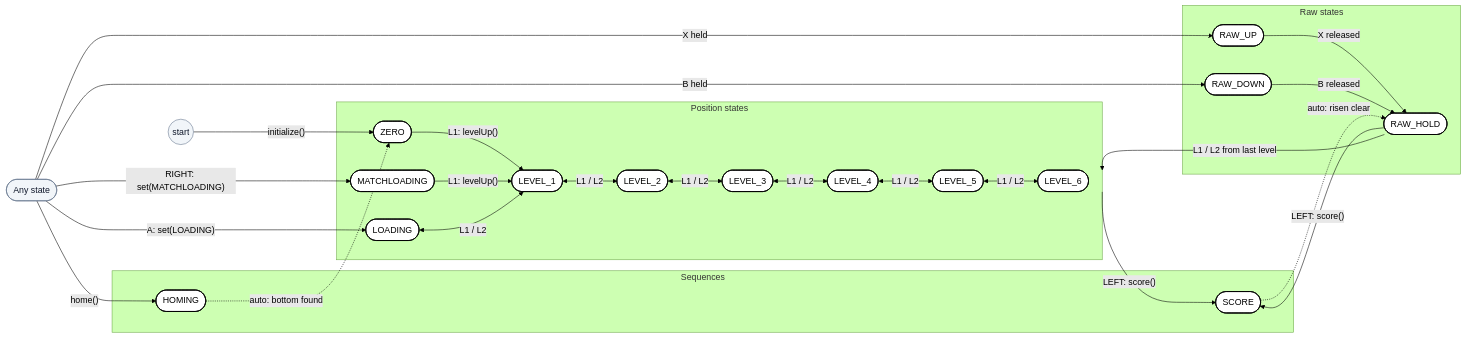
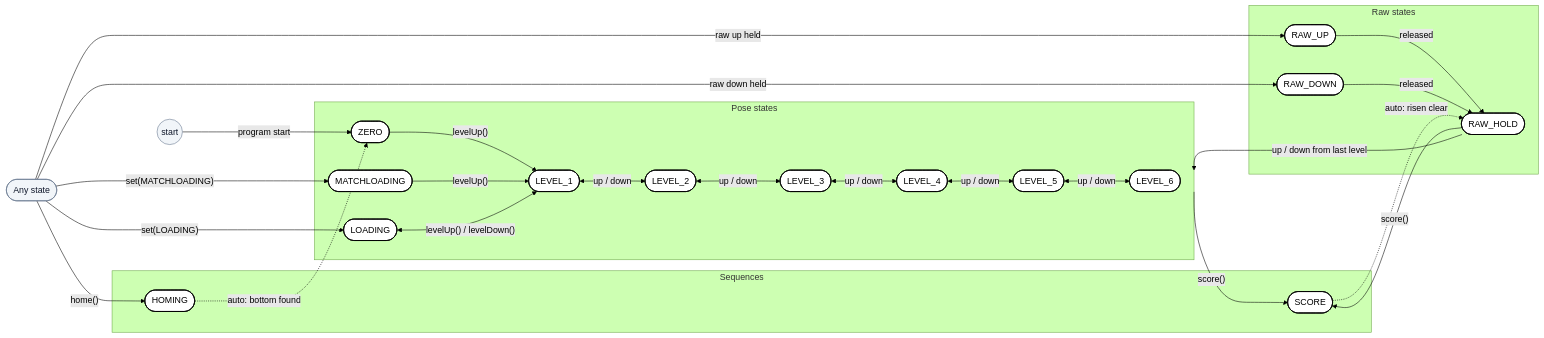
Before and after one commit to 917X/917x-2027: the first of 4 diagrams in docs/917x/Home/Robot 1/Prog - 1/Subsystems/Lift Notebook Pages.md, drawn with Mermaid (forest theme). The commit also changed other lines of this file, not shown here.

````diff
--- a/docs/917x/Home/Robot 1/Prog - 1/Subsystems/Lift Notebook Pages.md
+++ b/docs/917x/Home/Robot 1/Prog - 1/Subsystems/Lift Notebook Pages.md
@@ -356,56 +288,56 @@
 ```mermaid
 flowchart LR
     ANY(["Any state"])
     INIT(("start"))
 
     subgraph RAW["Raw states"]
         RAW_UP(["RAW_UP"])
         RAW_HOLD(["RAW_HOLD"])
         RAW_DOWN(["RAW_DOWN"])
     end
 
-    subgraph POS["Position states"]
+    subgraph POS["Pose states"]
         LEVEL_6(["LEVEL_6"])
         LEVEL_5(["LEVEL_5"])
         LEVEL_4(["LEVEL_4"])
         LEVEL_3(["LEVEL_3"])
         LEVEL_2(["LEVEL_2"])
         LEVEL_1(["LEVEL_1"])
         LOADING(["LOADING"])
         MATCHLOADING(["MATCHLOADING"])
         ZERO(["ZERO"])
     end
 
     subgraph SEQ["Sequences"]
         SCORE(["SCORE"])
         HOMING(["HOMING"])
     end
 
-    INIT -->|"initialize()"| ZERO
-    ZERO -->|"L1: levelUp()"| LEVEL_1
-    MATCHLOADING -->|"L1: levelUp()"| LEVEL_1
-    LOADING <-->|"L1 / L2"| LEVEL_1
-    LEVEL_1 <-->|"L1 / L2"| LEVEL_2
-    LEVEL_2 <-->|"L1 / L2"| LEVEL_3
-    LEVEL_3 <-->|"L1 / L2"| LEVEL_4
-    LEVEL_4 <-->|"L1 / L2"| LEVEL_5
-    LEVEL_5 <-->|"L1 / L2"| LEVEL_6
+    INIT -->|"program start"| ZERO
+    ZERO -->|"levelUp()"| LEVEL_1
+    MATCHLOADING -->|"levelUp()"| LEVEL_1
+    LOADING <-->|"levelUp() / levelDown()"| LEVEL_1
+    LEVEL_1 <-->|"up / down"| LEVEL_2
+    LEVEL_2 <-->|"up / down"| LEVEL_3
+    LEVEL_3 <-->|"up / down"| LEVEL_4
+    LEVEL_4 <-->|"up / down"| LEVEL_5
+    LEVEL_5 <-->|"up / down"| LEVEL_6
 
-    ANY -->|"A: set(LOADING)"| LOADING
-    ANY -->|"RIGHT: set(MATCHLOADING)"| MATCHLOADING
-    ANY -->|"X held"| RAW_UP
-    ANY -->|"B held"| RAW_DOWN
+    ANY -->|"set(LOADING)"| LOADING
+    ANY -->|"set(MATCHLOADING)"| MATCHLOADING
+    ANY -->|"raw up held"| RAW_UP
+    ANY -->|"raw down held"| RAW_DOWN
     ANY -->|"home()"| HOMING
-    RAW_UP -->|"X released"| RAW_HOLD
-    RAW_DOWN -->|"B released"| RAW_HOLD
-    POS -->|"LEFT: score()"| SCORE
-    RAW_HOLD -->|"LEFT: score()"| SCORE
-    RAW_HOLD -->|"L1 / L2 from last level"| POS
+    RAW_UP -->|"released"| RAW_HOLD
+    RAW_DOWN -->|"released"| RAW_HOLD
+    POS -->|"score()"| SCORE
+    RAW_HOLD -->|"score()"| SCORE
+    RAW_HOLD -->|"up / down from last level"| POS
     SCORE -.->|"auto: risen clear"| RAW_HOLD
     HOMING -.->|"auto: bottom found"| ZERO
 
     classDef st fill:#ffffff,stroke:#000000,stroke-width:1.5px,color:#000000
     classDef helper fill:#f1f5f9,stroke:#64748b,color:#0f172a
     class ZERO,MATCHLOADING,LOADING,LEVEL_1,LEVEL_2,LEVEL_3,LEVEL_4,LEVEL_5,LEVEL_6,RAW_UP,RAW_DOWN,RAW_HOLD,SCORE,HOMING st
     class ANY,INIT helper
 ```
````
